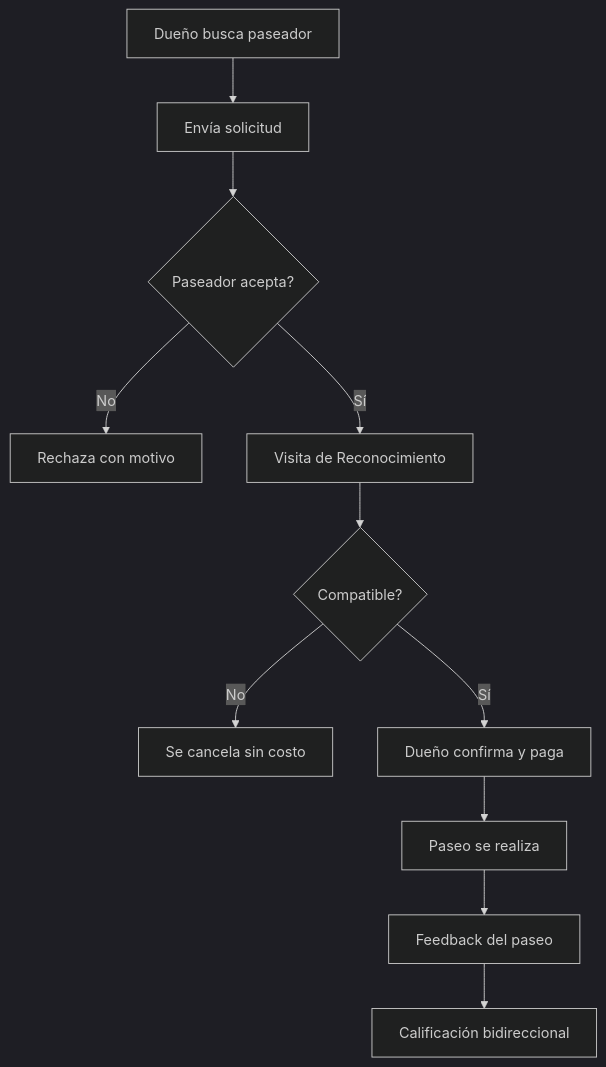
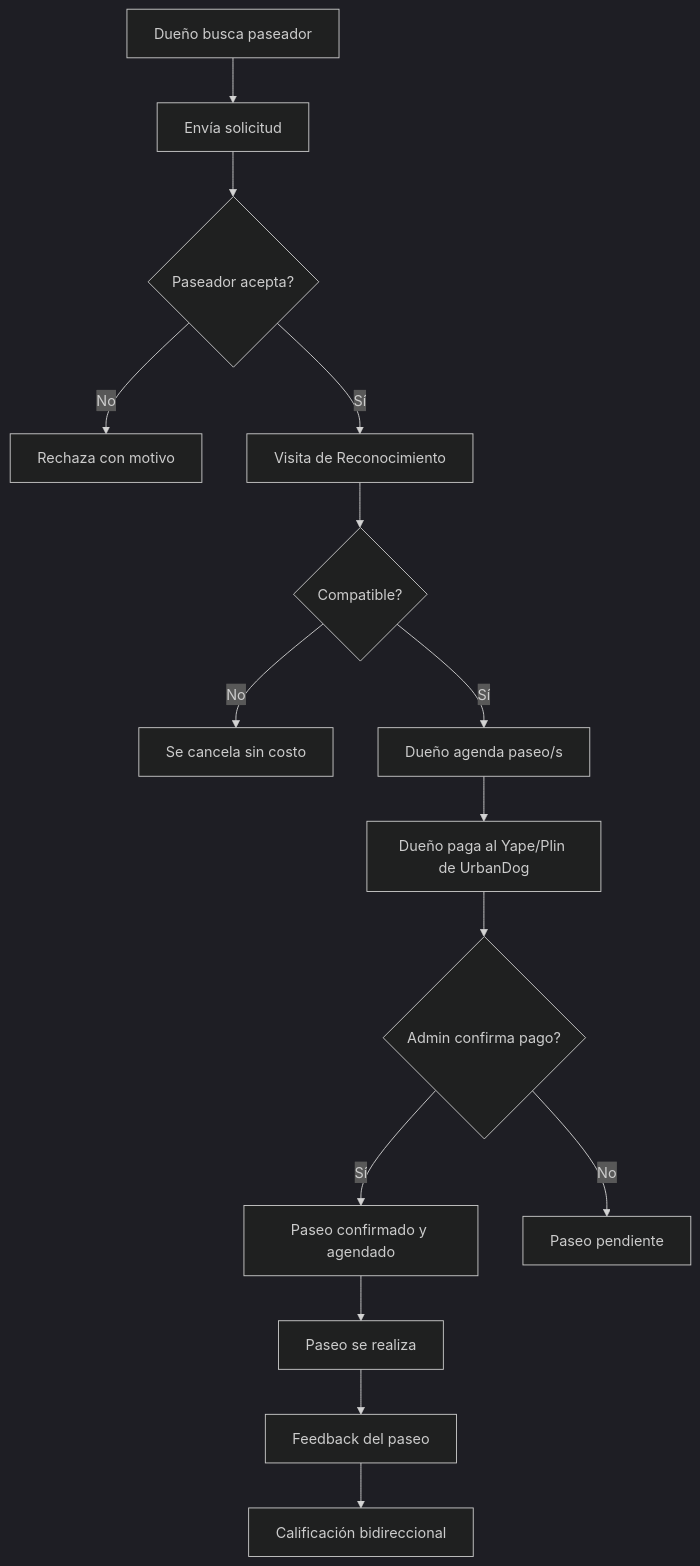
One commit to imsauleduardo/UrbanDog changed the third of 3 diagrams in docs/PRD_URBANDOG.md. Above: the diagram before and after it, drawn with Mermaid (dark theme). The commit also changed other lines of this file and 44 other files, not shown here.

Commit message:
feat: Initialize UrbanDog core plugin and theme, adding home page meta boxes, AJAX search, documentation, and development environment configurations.

````diff
--- a/docs/PRD_URBANDOG.md
+++ b/docs/PRD_URBANDOG.md
@@ -185,13 +185,17 @@
 ```mermaid
 flowchart TD
     A[Dueño busca paseador] --> B[Envía solicitud]
     B --> C{Paseador acepta?}
     C -->|No| D[Rechaza con motivo]
     C -->|Sí| E[Visita de Reconocimiento]
     E --> F{Compatible?}
     F -->|No| G[Se cancela sin costo]
-    F -->|Sí| H[Dueño confirma y paga]
-    H --> I[Paseo se realiza]
-    I --> J[Feedback del paseo]
-    J --> K[Calificación bidireccional]
+    F -->|Sí| H[Dueño agenda paseo/s]
+    H --> I[Dueño paga al Yape/Plin de UrbanDog]
+    I --> J{Admin confirma pago?}
+    J -->|Sí| K[Paseo confirmado y agendado]
+    J -->|No| L[Paseo pendiente]
+    K --> M[Paseo se realiza]
+    M --> N[Feedback del paseo]
+    N --> O[Calificación bidireccional]
 ```
````
